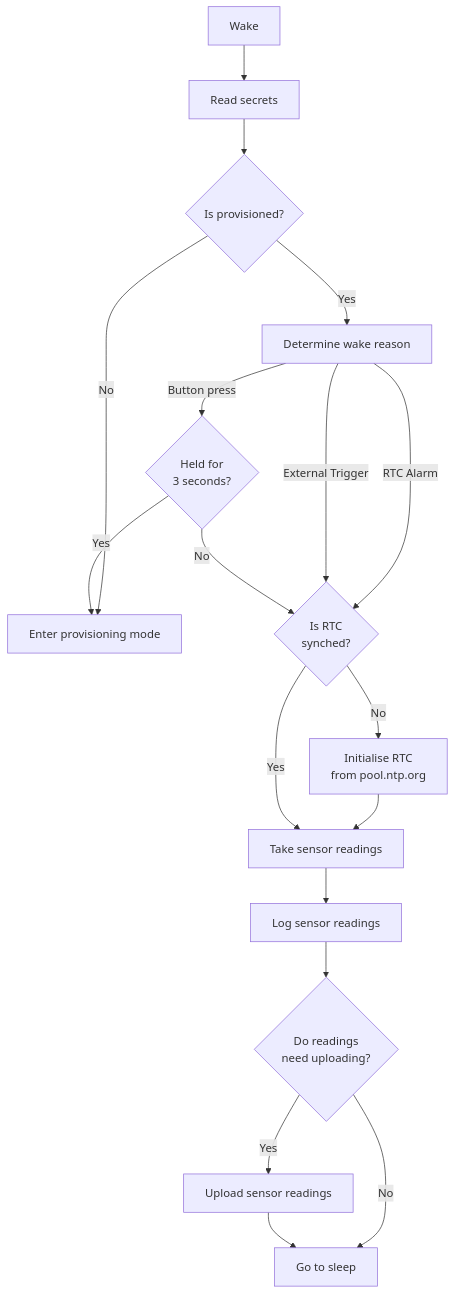
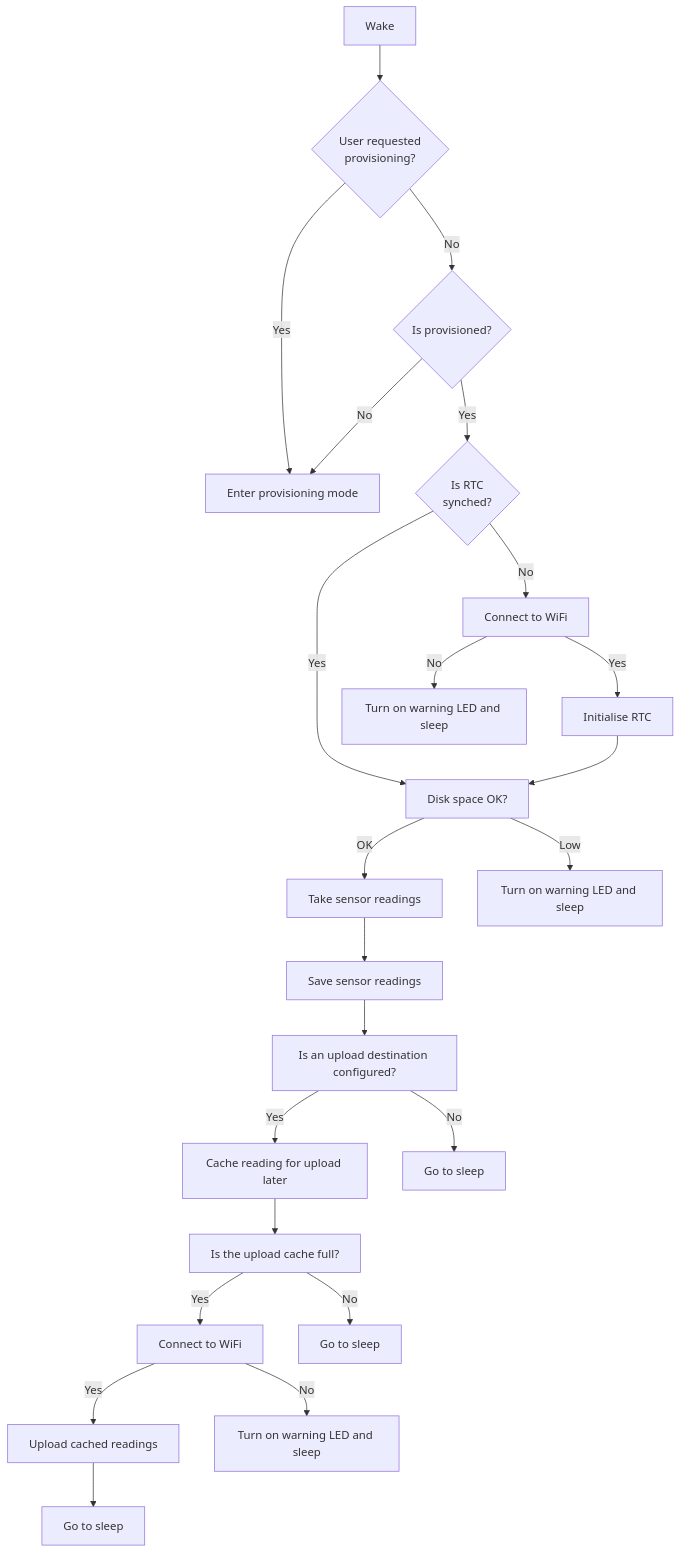
Before and after one commit to pimoroni/enviro: the diagram in README.md, drawn with Mermaid. The commit also changed other lines of this file, not shown here.

Commit message:
Working on setup instructions and troubleshooting guide

````diff
--- a/README.md
+++ b/README.md
@@ -25,40 +41,55 @@
 ```mermaid
   graph TD;
     provision[Enter provisioning mode]
     check_rtc{Is RTC<br>synched?}
-    wake_reason[Determine wake reason]
-    button_held{Held for<br>3 seconds?}
+    button_held{User requested<br>provisioning?}
     take_reading[Take sensor readings]
-    set_rtc_from_ntp[Initialise RTC<br>from pool.ntp.org]
-    log_readings[Log sensor readings]
-    should_upload{Do readings<br>need uploading?}
-    upload_readings[Upload sensor readings]
+    set_rtc_from_ntp[Initialise RTC]
+    connect_to_wifi_for_rtc[Connect to WiFi]
+    connect_to_wifi_for_upload[Connect to WiFi]
+    check_disk_space[Disk space OK?]
+    save_reading[Save sensor readings]
+    cache_for_upload[Cache reading for upload later]
+    have_destination[Is an upload destination configured?]
+    upload_cached_readings[Upload cached readings]
+    need_uploading[Is the upload cache full?]
     sleep[Go to sleep]
+    sleep2[Go to sleep]
+    sleep3[Go to sleep]
     is_provisioned{Is provisioned?}
-    read_secrets[Read secrets]
     wake[Wake]
+    warning1[Turn on warning LED and sleep]
+    warning2[Turn on warning LED and sleep]
+    warning3[Turn on warning LED and sleep]
 
-    wake-->read_secrets-->is_provisioned
-
-    is_provisioned-->|No|provision
-    is_provisioned-->|Yes|wake_reason
-
-    wake_reason-->|RTC Alarm|check_rtc
-    wake_reason-->|Button press|button_held
-    wake_reason-->|External Trigger|check_rtc
-
-    button_held-->|No|check_rtc
+    wake-->button_held
+    
+    button_held-->|No|is_provisioned
     button_held-->|Yes|provision
 
-    check_rtc-->|No|set_rtc_from_ntp-->take_reading
-    check_rtc-->|Yes|take_reading
+    is_provisioned-->|Yes|check_rtc
+    is_provisioned-->|No|provision
 
-    take_reading-->log_readings
+    check_rtc-->|Yes|check_disk_space
+    check_rtc-->|No|connect_to_wifi_for_rtc
+    
+    connect_to_wifi_for_rtc-->|Yes|set_rtc_from_ntp-->check_disk_space
+    connect_to_wifi_for_rtc-->|No|warning1
 
-    log_readings-->should_upload
+    check_disk_space-->|OK|take_reading
+    check_disk_space-->|Low|warning2
 
-    should_upload-->|No|sleep
-    should_upload-->|Yes|upload_readings-->sleep
+    take_reading-->save_reading-->have_destination
+    
+    have_destination-->|Yes|cache_for_upload-->need_uploading
 
+    need_uploading-->|Yes|connect_to_wifi_for_upload
+
+    connect_to_wifi_for_upload-->|Yes|upload_cached_readings-->sleep2
+    connect_to_wifi_for_upload-->|No|warning3
+
+    need_uploading-->|No|sleep
+
+    have_destination-->|No|sleep3
 
 ```
````
